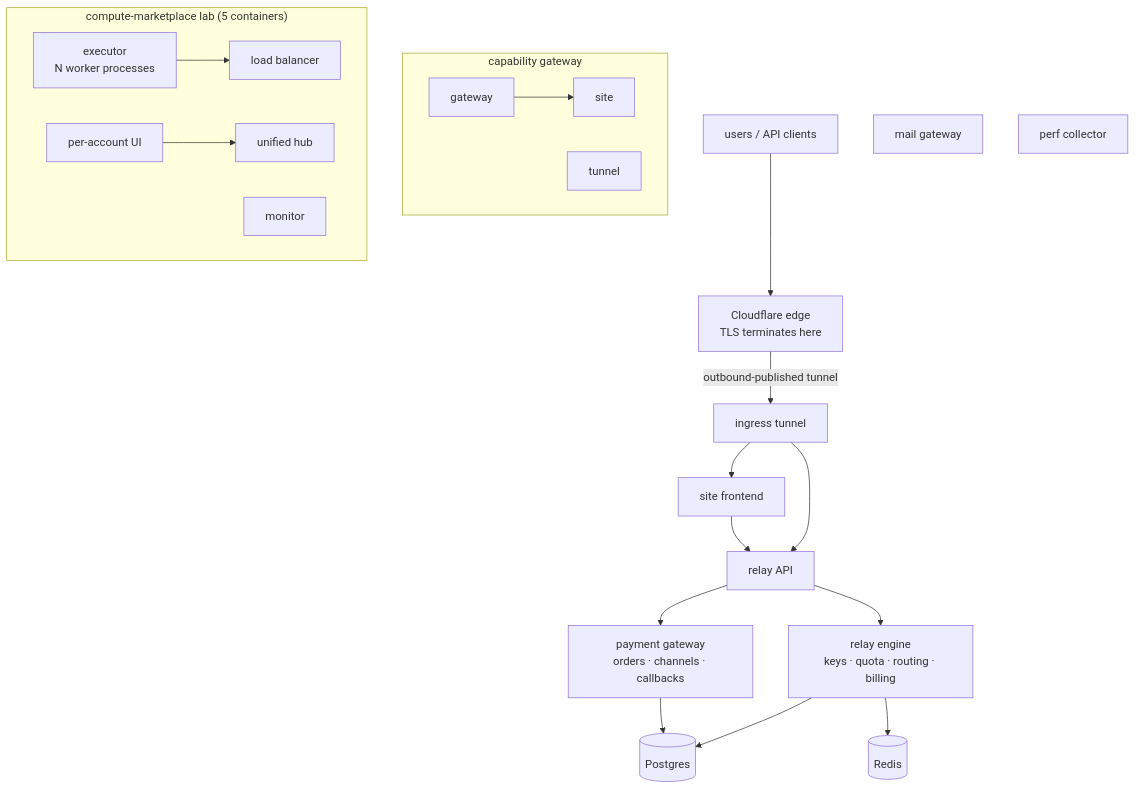
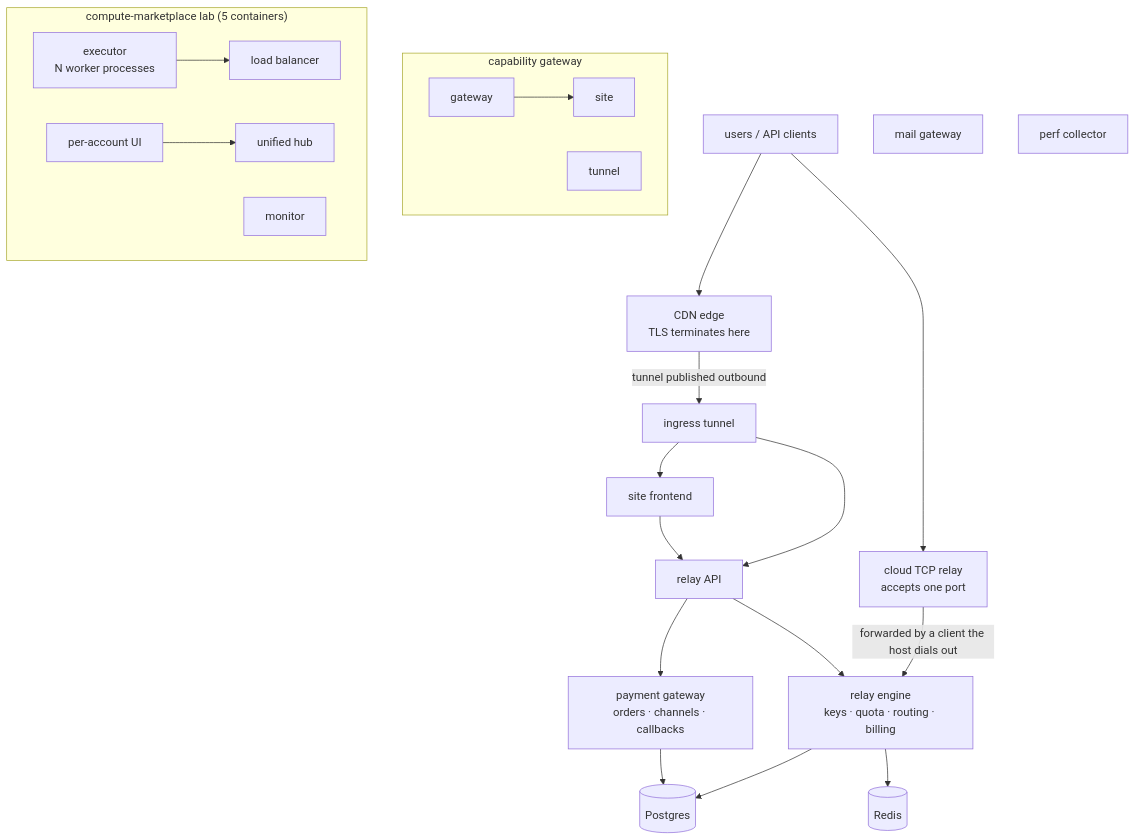
Before and after one commit to lim39869-create/symbiqo-design: the diagram in OPERATIONS.md, drawn with Mermaid. The commit also changed other lines of this file and 2 other files, not shown here.

First line of the commit message:
docs: record the two ingress paths, the network segmentation and the host-network decision

````diff
--- a/OPERATIONS.md
+++ b/OPERATIONS.md
@@ -57,24 +75,26 @@
 ```mermaid
 flowchart TB
-    U["users / API clients"] --> CF["Cloudflare edge<br/>TLS terminates here"]
-    CF -->|"outbound-published tunnel"| T["ingress tunnel"]
+    U["users / API clients"] --> CF["CDN edge<br/>TLS terminates here"]
+    CF -->|"tunnel published outbound"| T["ingress tunnel"]
+    U --> RL["cloud TCP relay<br/>accepts one port"]
+    RL -->|"forwarded by a client the host dials out"| ENGINE
     T --> FE["site frontend"]
     T --> API["relay API"]
     FE --> API
     API --> ENGINE["relay engine<br/>keys · quota · routing · billing"]
     ENGINE --> PG[("Postgres")]
     ENGINE --> RD[("Redis")]
     API --> PAY["payment gateway<br/>orders · channels · callbacks"]
     PAY --> PG
     subgraph CAP["capability gateway"]
         GW["gateway"] --> SITE["site"]
         GWT["tunnel"]
     end
     subgraph LAB["compute-marketplace lab (5 containers)"]
         EX["executor<br/>N worker processes"] --> LB["load balancer"]
         PORTAL["per-account UI"] --> HUB["unified hub"]
         MON["monitor"]
     end
     MAIL["mail gateway"]
     PERF["perf collector"]
 ```
````
